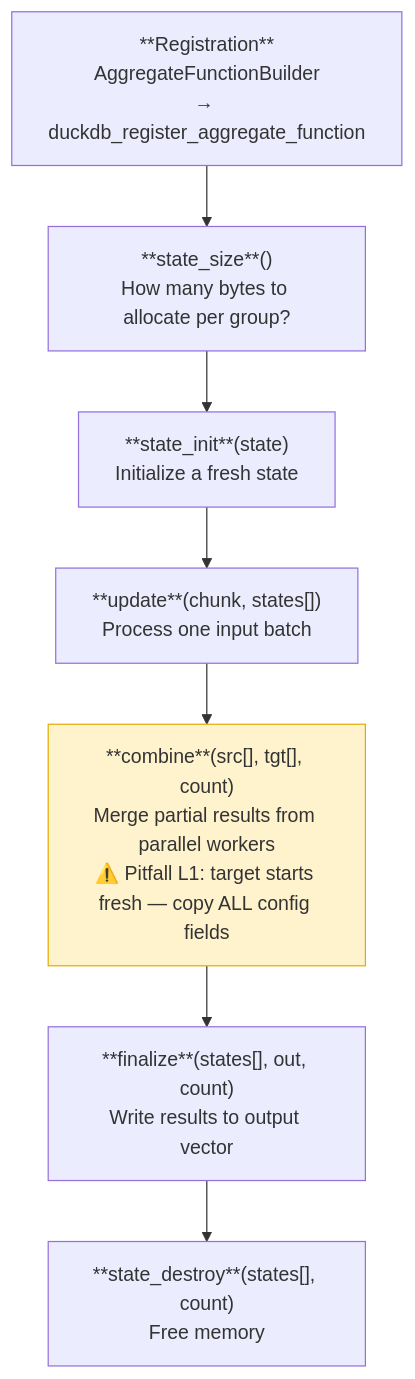
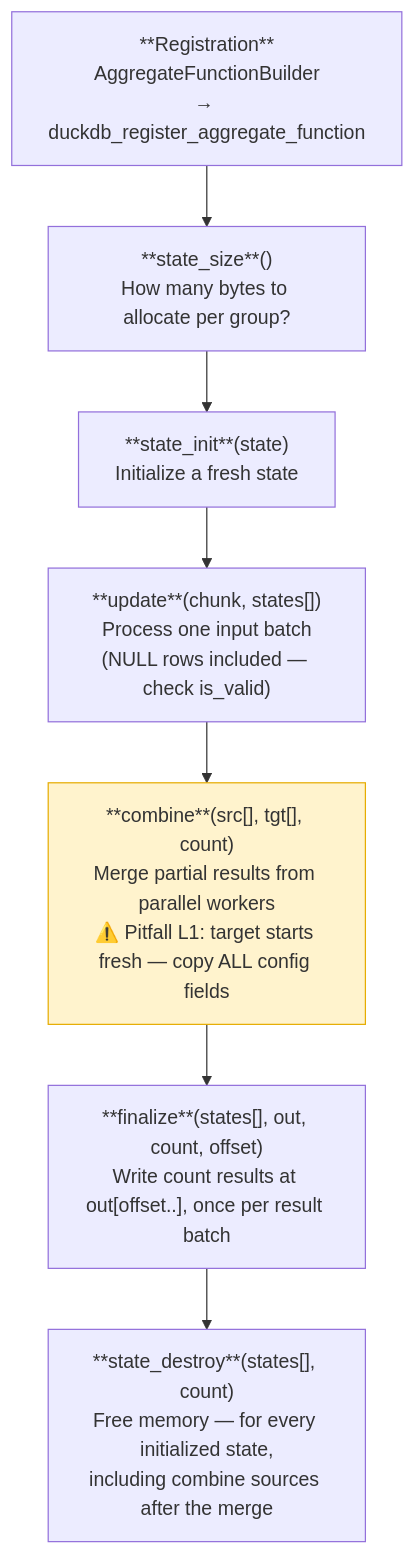
Before and after one commit to tomtom215/quack-rs: the diagram in book/src/functions/aggregate.md, drawn with Mermaid. The commit also changed other lines of this file and 204 other files, not shown here.

````diff
--- a/book/src/functions/aggregate.md
+++ b/book/src/functions/aggregate.md
@@ -35,20 +35,20 @@
 ```mermaid
 flowchart TD
     REG["**Registration**<br/>AggregateFunctionBuilder<br/>→ duckdb_register_aggregate_function"]
 
     REG     --> SIZE
     SIZE    --> INIT
     INIT    --> UPDATE
     UPDATE  --> COMBINE
     COMBINE --> FINAL
     FINAL   --> DESTROY
 
     SIZE["**state_size**()<br/>How many bytes to allocate per group?"]
     INIT["**state_init**(state)<br/>Initialize a fresh state"]
-    UPDATE["**update**(chunk, states[])<br/>Process one input batch"]
+    UPDATE["**update**(chunk, states[])<br/>Process one input batch<br/>(NULL rows included — check is_valid)"]
     COMBINE["**combine**(src[], tgt[], count)<br/>Merge partial results from parallel workers<br/>⚠️ Pitfall L1: target starts fresh — copy ALL config fields"]
-    FINAL["**finalize**(states[], out, count)<br/>Write results to output vector"]
-    DESTROY["**state_destroy**(states[], count)<br/>Free memory"]
+    FINAL["**finalize**(states[], out, count, offset)<br/>Write count results at out[offset..], once per result batch"]
+    DESTROY["**state_destroy**(states[], count)<br/>Free memory — for every initialized state,<br/>including combine sources after the merge"]
 
     style COMBINE fill:#fff3cd,stroke:#e6ac00,color:#333
 ```
````
